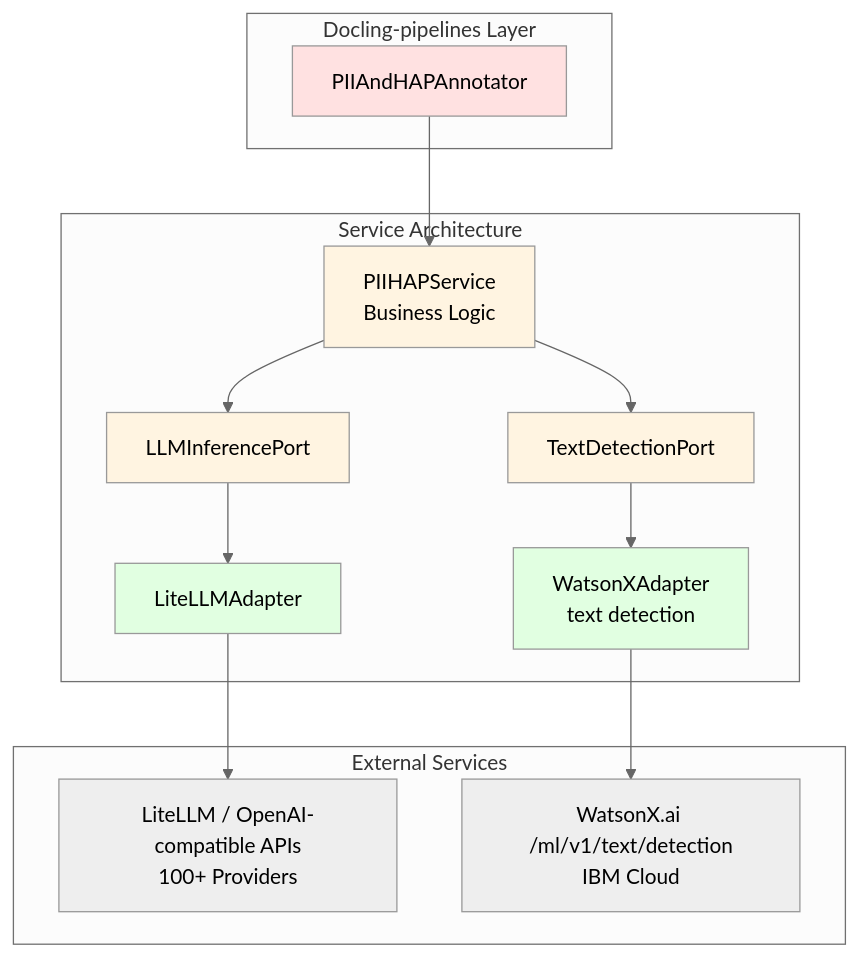
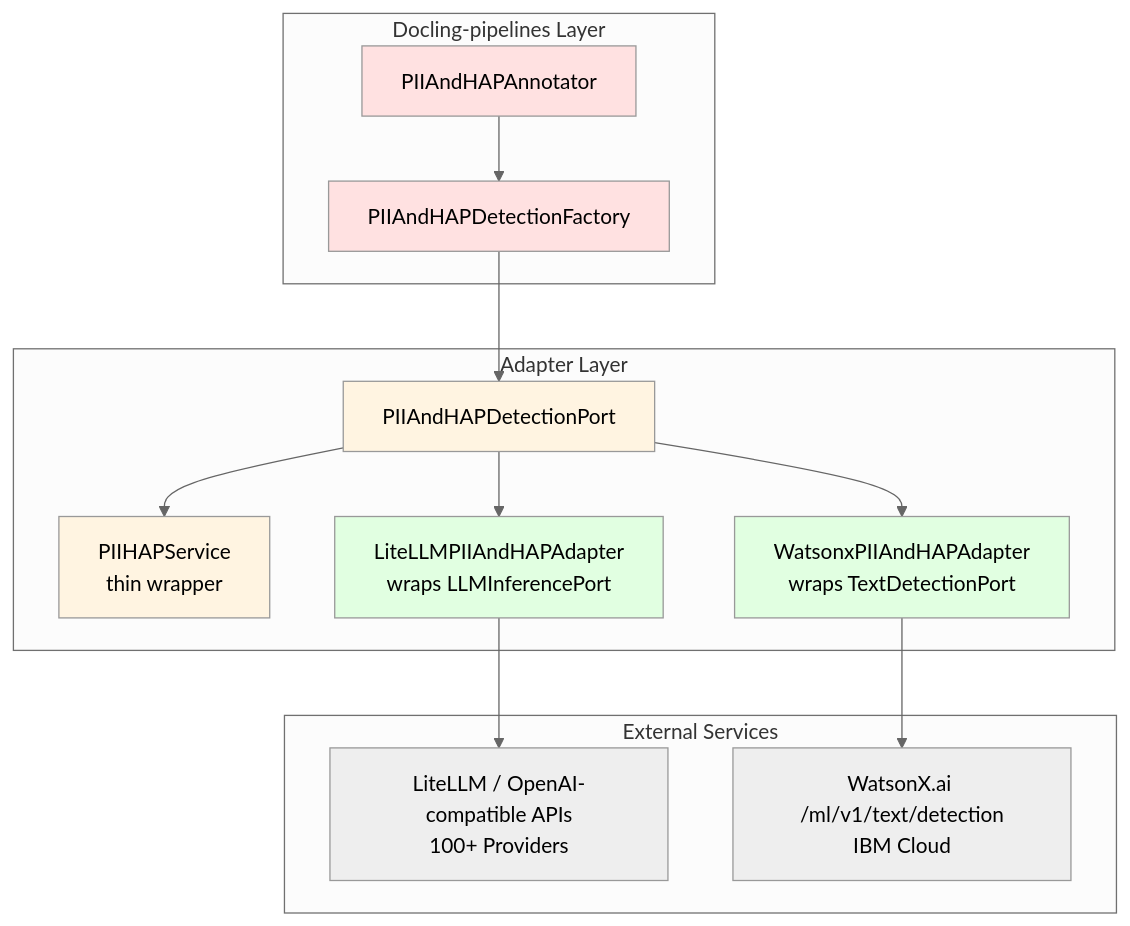
Diagram 23 of 31 in ARCHITECTURE.md (AtharvRG/docling-pipelines), drawn with Mermaid (neutral theme) before and after one commit. The commit also changed other lines of this file and 23 other files, not shown here.

````diff
--- a/ARCHITECTURE.md
+++ b/ARCHITECTURE.md
@@ -2647,36 +2647,36 @@
 ```mermaid
 graph TB
 
     subgraph "Docling-pipelines Layer"
         PIIHAP[PIIAndHAPAnnotator]
+        FACTORY[PIIAndHAPDetectionFactory]
     end
 
-    subgraph "Service Architecture"
-        SERVICE[PIIHAPService<br/>Business Logic]
-        INFPORT[LLMInferencePort]
-        DETPORT[TextDetectionPort]
-        LITELLM[LiteLLMAdapter]
-        WATSONXDET[WatsonXAdapter<br/>text detection]
+    subgraph "Adapter Layer"
+        PORT[PIIAndHAPDetectionPort]
+        SERVICE[PIIHAPService<br/>thin wrapper]
+        WATSONXADAPTER[WatsonxPIIAndHAPAdapter<br/>wraps TextDetectionPort]
+        LITELLMADAPTER[LiteLLMPIIAndHAPAdapter<br/>wraps LLMInferencePort]
     end
 
     subgraph "External Services"
         LITELLMAPI[LiteLLM / OpenAI-compatible APIs<br/>100+ Providers]
         WATSONXAPI[WatsonX.ai /ml/v1/text/detection<br/>IBM Cloud]
     end
 
-    PIIHAP --> SERVICE
-    SERVICE --> INFPORT
-    SERVICE --> DETPORT
-    INFPORT --> LITELLM
-    DETPORT --> WATSONXDET
+    PIIHAP --> FACTORY
+    FACTORY --> PORT
+    PORT --> WATSONXADAPTER
+    PORT --> LITELLMADAPTER
+    PORT --> SERVICE
 
-    LITELLM --> LITELLMAPI
-    WATSONXDET --> WATSONXAPI
+    LITELLMADAPTER --> LITELLMAPI
+    WATSONXADAPTER --> WATSONXAPI
 
     style PIIHAP fill:#ffe1e1
+    style FACTORY fill:#ffe1e1
     style SERVICE fill:#fff4e1
-    style INFPORT fill:#fff4e1
-    style DETPORT fill:#fff4e1
-    style LITELLM fill:#e1ffe1
-    style WATSONXDET fill:#e1ffe1
+    style PORT fill:#fff4e1
+    style WATSONXADAPTER fill:#e1ffe1
+    style LITELLMADAPTER fill:#e1ffe1
 ```
````
